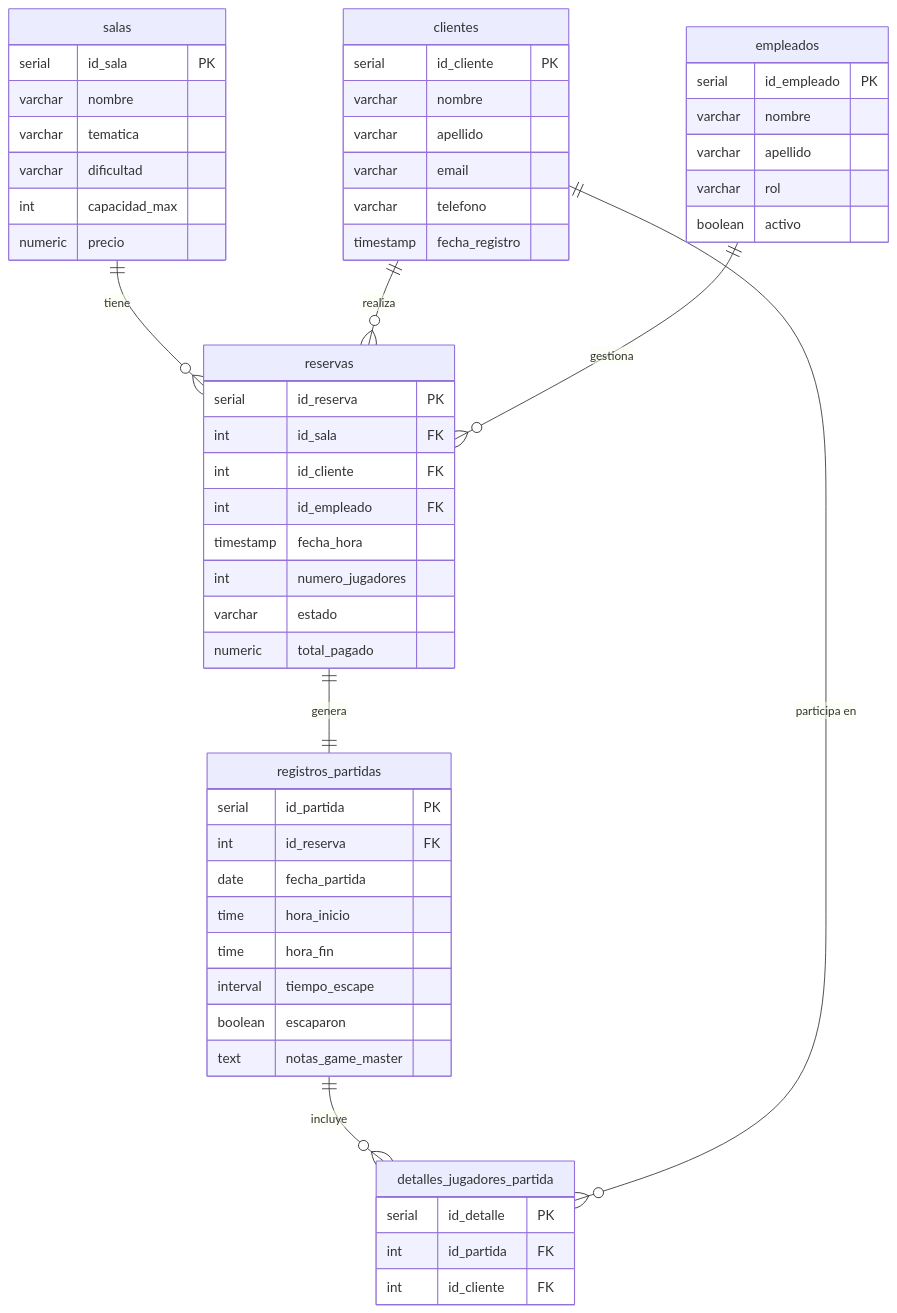
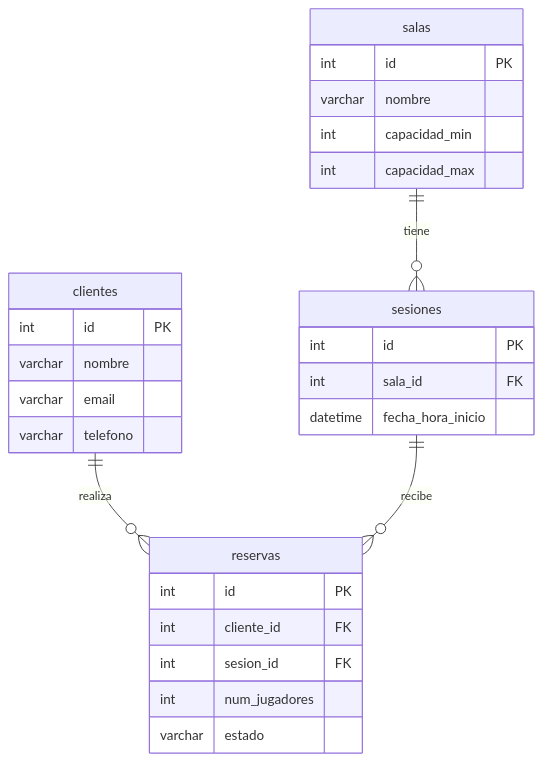
Before and after one commit to Bootcamp-IA-MAD-P7/proyecto2-grupo3: the diagram in README.md, drawn with Mermaid. The commit also changed other lines of this file and 1 other file, not shown here.

````diff
--- a/README.md
+++ b/README.md
@@ -164,63 +167,34 @@
 ```mermaid
 erDiagram
   salas {
-    serial id_sala PK
+    int id PK
     varchar nombre
-    varchar tematica
-    varchar dificultad
+    int capacidad_min
     int capacidad_max
-    numeric precio
   }
 
   clientes {
-    serial id_cliente PK
+    int id PK
     varchar nombre
-    varchar apellido
     varchar email
     varchar telefono
-    timestamp fecha_registro
   }
 
-  empleados {
-    serial id_empleado PK
-    varchar nombre
-    varchar apellido
-    varchar rol
-    boolean activo
+  sesiones {
+    int id PK
+    int sala_id FK
+    datetime fecha_hora_inicio
   }
 
   reservas {
-    serial id_reserva PK
-    int id_sala FK
-    int id_cliente FK
-    int id_empleado FK
-    timestamp fecha_hora
-    int numero_jugadores
+    int id PK
+    int cliente_id FK
+    int sesion_id FK
+    int num_jugadores
     varchar estado
-    numeric total_pagado
   }
 
-  registros_partidas {
-    serial id_partida PK
-    int id_reserva FK
-    date fecha_partida
-    time hora_inicio
-    time hora_fin
-    interval tiempo_escape
-    boolean escaparon
-    text notas_game_master
-  }
-
-  detalles_jugadores_partida {
-    serial id_detalle PK
-    int id_partida FK
-    int id_cliente FK
-  }
-
-  salas ||--o{ reservas : "tiene"
+  salas ||--o{ sesiones : "tiene"
   clientes ||--o{ reservas : "realiza"
-  empleados ||--o{ reservas : "gestiona"
-  reservas ||--|| registros_partidas : "genera"
-  registros_partidas ||--o{ detalles_jugadores_partida : "incluye"
-  clientes ||--o{ detalles_jugadores_partida : "participa en"
+  sesiones ||--o{ reservas : "recibe"
 ```
````
